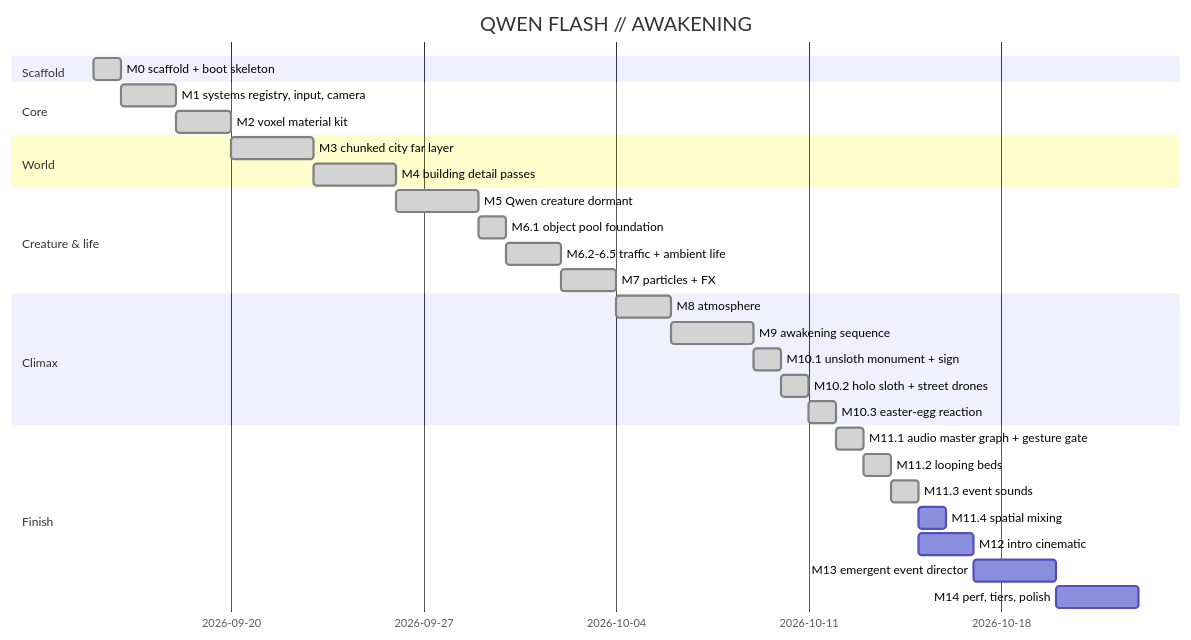
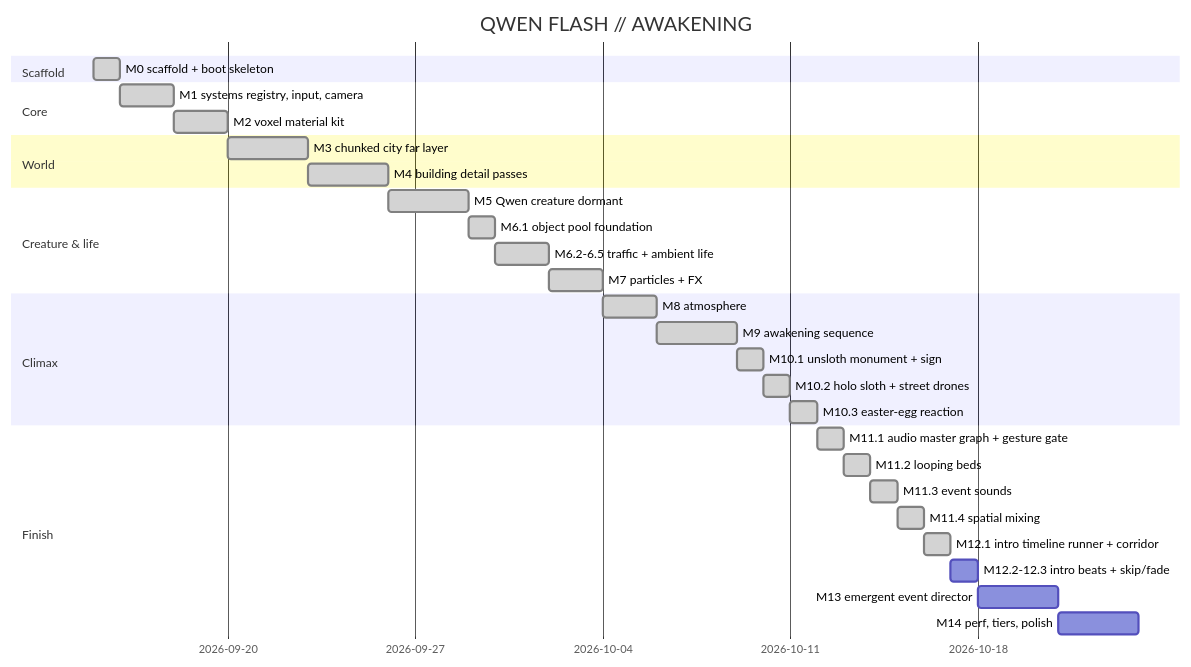
One commit to dilled/3dVoxelDemo changed the diagram in brain/roadmap.md. Above: the diagram before and after it, drawn with Mermaid. The commit also changed other lines of this file and 1 other file, not shown here.

Commit message:
chore(brain): sync through 113ea15865bc

````diff
--- a/brain/roadmap.md
+++ b/brain/roadmap.md
@@ -12,32 +12,33 @@
 ```mermaid
 gantt
   title QWEN FLASH // AWAKENING
   dateFormat YYYY-MM-DD
   section Scaffold
   M0 scaffold + boot skeleton :done, m0, 2026-09-15, 1d
   section Core
   M1 systems registry, input, camera :done, m1, after m0, 2d
   M2 voxel material kit :done, m2, after m1, 2d
   section World
   M3 chunked city far layer :done, m3, after m2, 3d
   M4 building detail passes :done, m4, after m3, 3d
   section Creature & life
   M5 Qwen creature dormant :done, m5, after m4, 3d
   M6.1 object pool foundation :done, m61, after m5, 1d
   M6.2-6.5 traffic + ambient life :done, m6, after m61, 2d
   M7 particles + FX :done, m7, after m6, 2d
   section Climax
   M8 atmosphere :done, m8, after m7, 2d
   M9 awakening sequence :done, m9, after m8, 3d
   M10.1 unsloth monument + sign :done, m101, after m9, 1d
   M10.2 holo sloth + street drones :done, m102, after m101, 1d
   M10.3 easter-egg reaction :done, m103, after m102, 1d
   section Finish
   M11.1 audio master graph + gesture gate :done, m111, after m103, 1d
   M11.2 looping beds :done, m112, after m111, 1d
   M11.3 event sounds :done, m113, after m112, 1d
-  M11.4 spatial mixing :m114, after m113, 1d
-  M12 intro cinematic :m12, after m11, 2d
+  M11.4 spatial mixing :done, m114, after m113, 1d
+  M12.1 intro timeline runner + corridor :done, m121, after m114, 1d
+  M12.2-12.3 intro beats + skip/fade :m12, after m121, 1d
   M13 emergent event director :m13, after m12, 3d
   M14 perf, tiers, polish :m14, after m13, 3d
 ```
````
